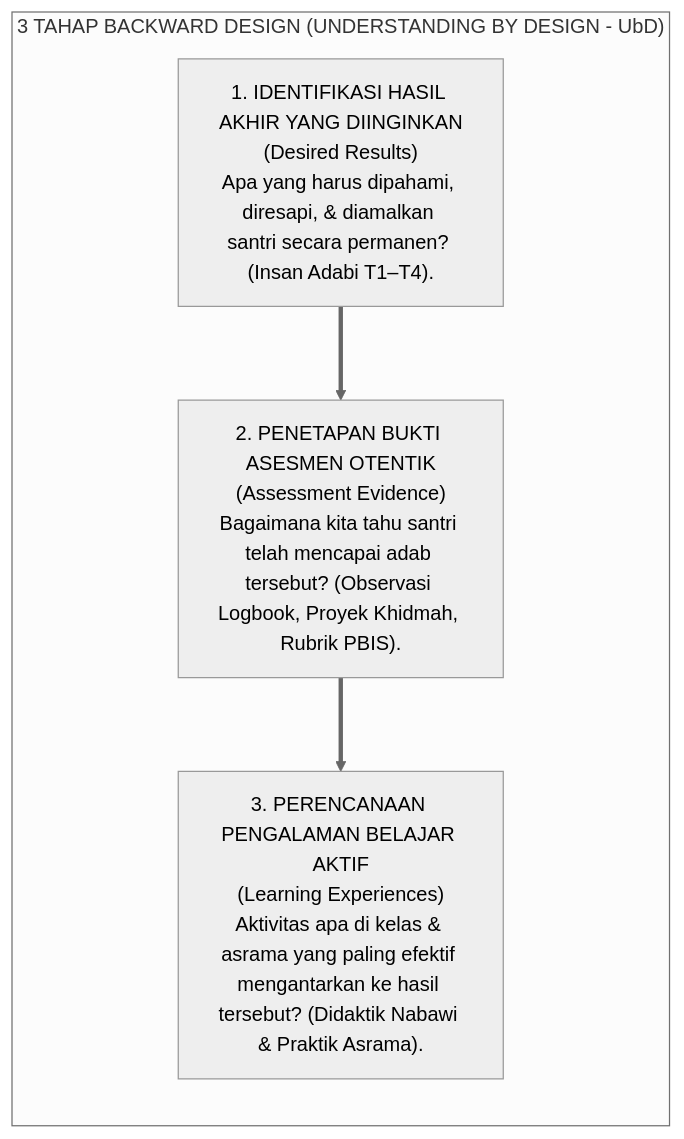
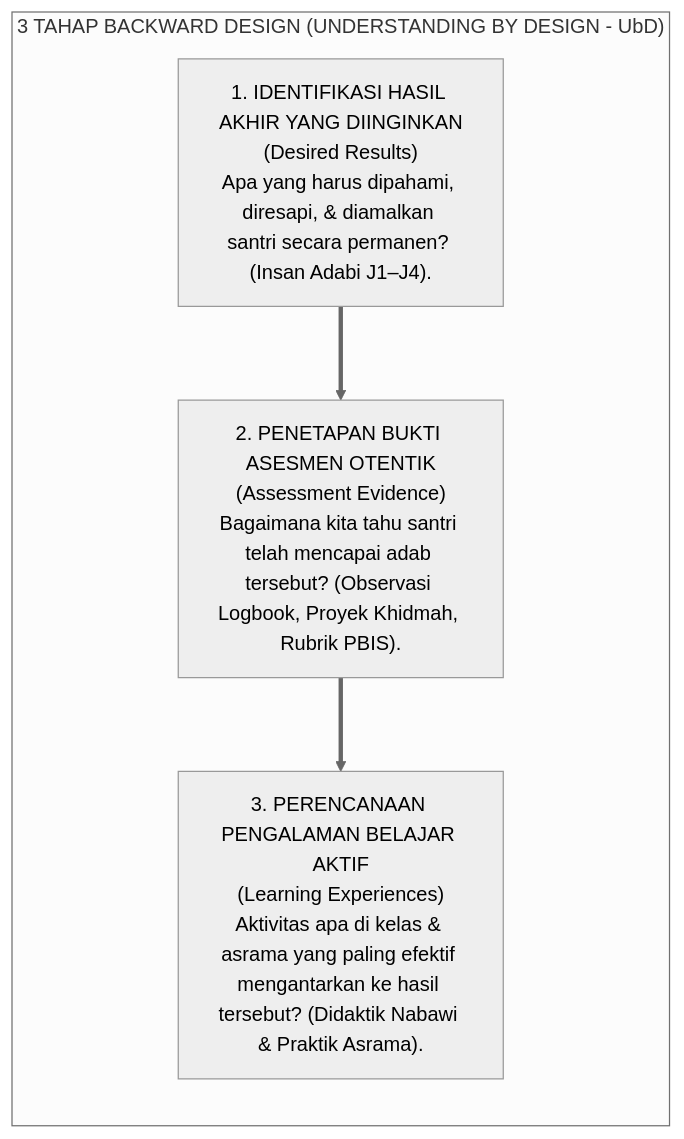
One commit to wandiapriliyandi/tumbuh changed the third of 8 diagrams in 02 Principles/02 Design Principles/P2-02-01-Prinsip-Desain-Kurikulum-Holistik.md. Above: the diagram before and after it, drawn with Mermaid (neutral theme). The commit also changed other lines of this file and 209 other files, not shown here.

````diff
--- a/02 Principles/02 Design Principles/P2-02-01-Prinsip-Desain-Kurikulum-Holistik.md
+++ b/02 Principles/02 Design Principles/P2-02-01-Prinsip-Desain-Kurikulum-Holistik.md
@@ -109,12 +109,12 @@
 ```mermaid
 graph LR
     subgraph TigaTahapBackwardDesign["3 TAHAP BACKWARD DESIGN (UNDERSTANDING BY DESIGN - UbD)"]
-        Stage1["1. IDENTIFIKASI HASIL AKHIR YANG DIINGINKAN<br/>(Desired Results)<br/>Apa yang harus dipahami, diresapi, & diamalkan santri secara permanen? (Insan Adabi T1–T4)."]
+        Stage1["1. IDENTIFIKASI HASIL AKHIR YANG DIINGINKAN<br/>(Desired Results)<br/>Apa yang harus dipahami, diresapi, & diamalkan santri secara permanen? (Insan Adabi J1–J4)."]
         
         Stage2["2. PENETAPAN BUKTI ASESMEN OTENTIK<br/>(Assessment Evidence)<br/>Bagaimana kita tahu santri telah mencapai adab tersebut? (Observasi Logbook, Proyek Khidmah, Rubrik PBIS)."]
         
         Stage3["3. PERENCANAAN PENGALAMAN BELAJAR AKTIF<br/>(Learning Experiences)<br/>Aktivitas apa di kelas & asrama yang paling efektif mengantarkan ke hasil tersebut? (Didaktik Nabawi & Praktik Asrama)."]
         
         Stage1 ==> Stage2 ==> Stage3
     end
 ```
````
